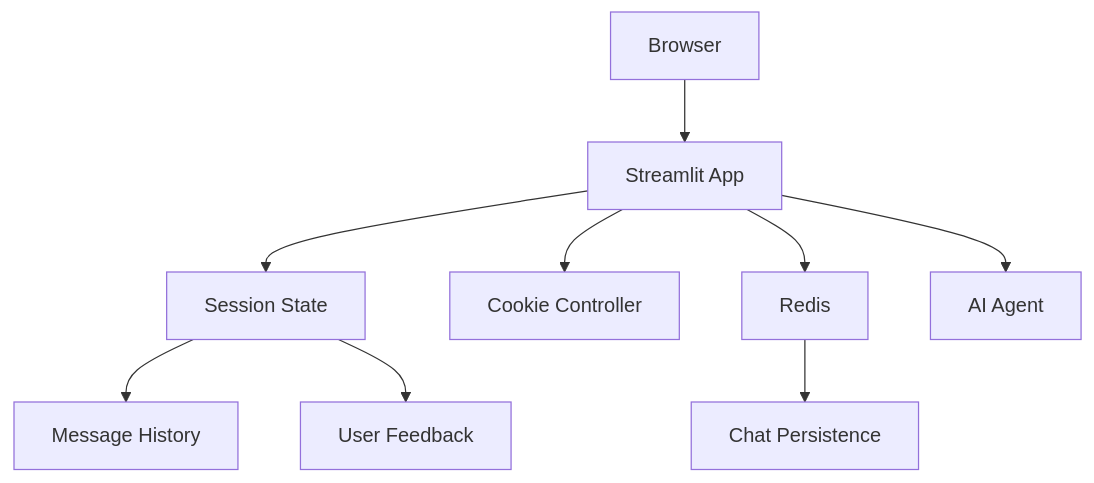
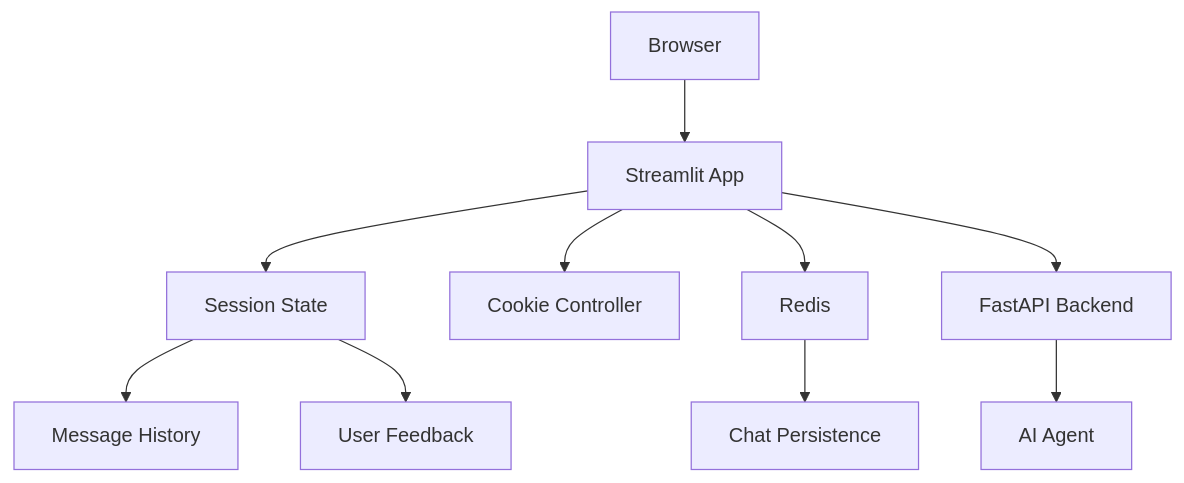
One commit to virtUOS/askUOS changed the diagram in docs/components/chat-interface.md. Above: the diagram before and after it, drawn with Mermaid. The commit also changed other lines of this file and 7 other files, not shown here.

````diff
--- a/docs/components/chat-interface.md
+++ b/docs/components/chat-interface.md
@@ -7,11 +7,12 @@
 ```mermaid
 graph TB
     Browser[Browser] --> Streamlit[Streamlit App]
     Streamlit --> Session[Session State]
     Streamlit --> Cookies[Cookie Controller]
     Streamlit --> Redis[Redis]
-    Streamlit --> Agent[AI Agent]
+    Streamlit --> API[FastAPI Backend]
+    API --> Agent[AI Agent]
     Session --> Messages[Message History]
     Session --> Feedback[User Feedback]
     Redis --> ChatHistory[Chat Persistence]
 ```
````
